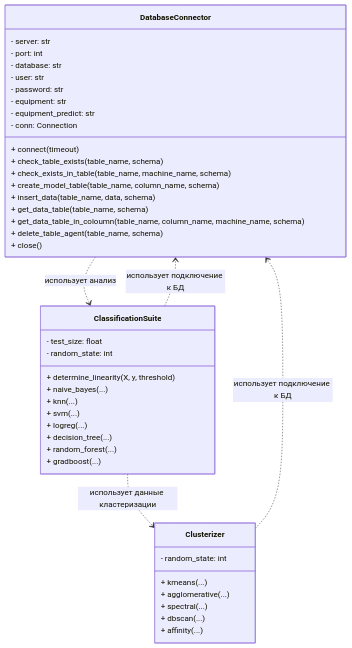
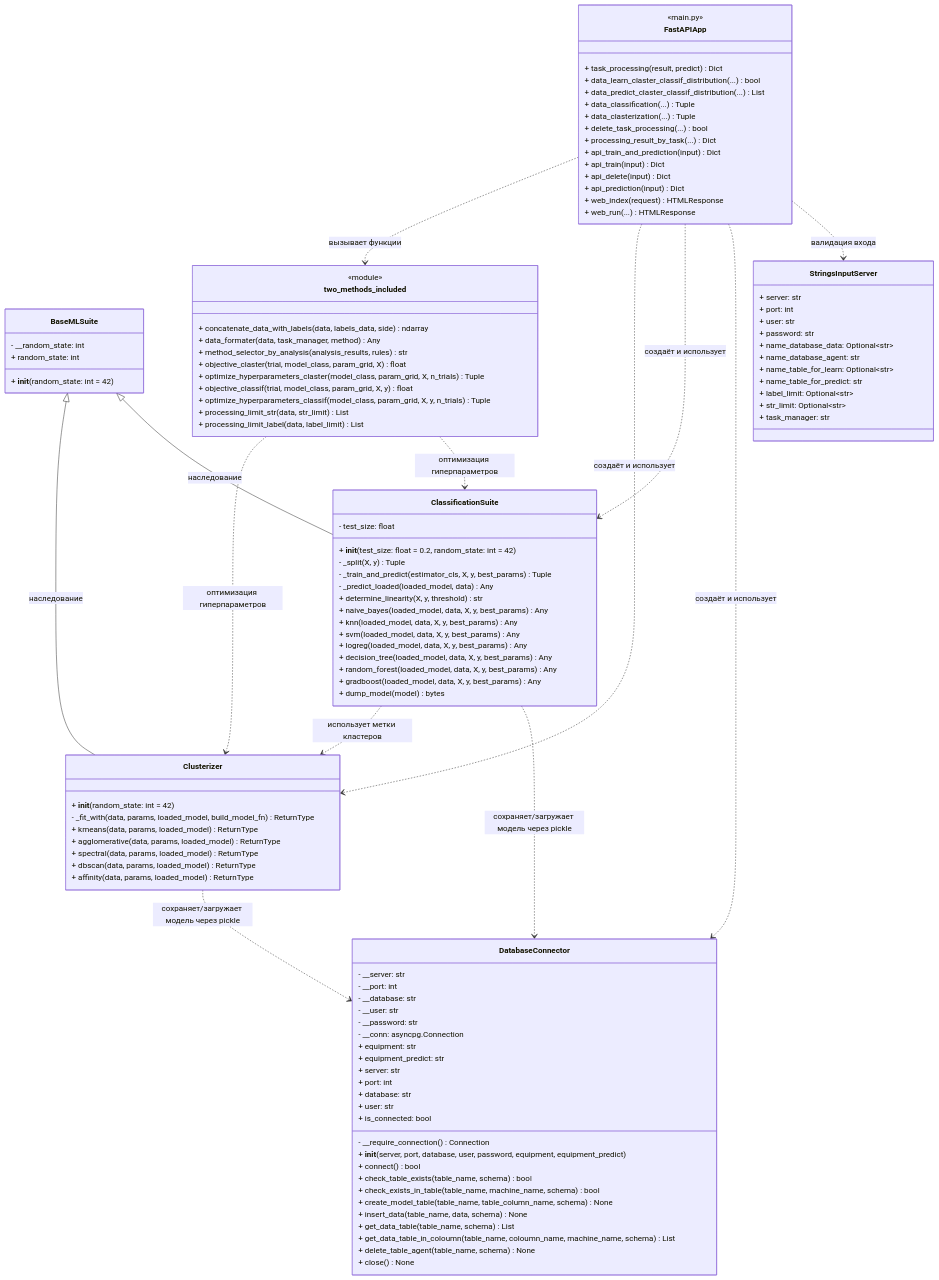
Before and after one commit to AstB311/PTLab23: the diagram in README.md, drawn with Mermaid. The commit also changed other lines of this file, not shown here.

Commit message:
Fix: UML diagramm

````diff
--- a/README.md
+++ b/README.md
@@ -105,51 +106,132 @@
 classDiagram
 direction TB
 
-class DatabaseConnector {
-  - server: str
-  - port: int
-  - database: str
-  - user: str
-  - password: str
-  - equipment: str
-  - equipment_predict: str
-  - conn: Connection
-  + connect(timeout)
-  + check_table_exists(table_name, schema)
-  + check_exists_in_table(table_name, machine_name, schema)
-  + create_model_table(table_name, column_name, schema)
-  + insert_data(table_name, data, schema)
-  + get_data_table(table_name, schema)
-  + get_data_table_in_coloumn(table_name, column_name, machine_name, schema)
-  + delete_table_agent(table_name, schema)
-  + close()
+%% ======================= Базовый класс =======================
+class BaseMLSuite {
+  - __random_state: int
+  + random_state: int
+  + __init__(random_state: int = 42)
 }
 
+%% ======================= Классификация =======================
 class ClassificationSuite {
   - test_size: float
-  - random_state: int
-  + determine_linearity(X, y, threshold)
-  + naive_bayes(...)
-  + knn(...)
-  + svm(...)
-  + logreg(...)
-  + decision_tree(...)
-  + random_forest(...)
-  + gradboost(...)
+  + __init__(test_size: float = 0.2, random_state: int = 42)
+  - _split(X, y) Tuple
+  - _train_and_predict(estimator_cls, X, y, best_params) Tuple
+  - _predict_loaded(loaded_model, data) Any
+  + determine_linearity(X, y, threshold) str
+  + naive_bayes(loaded_model, data, X, y, best_params) Any
+  + knn(loaded_model, data, X, y, best_params) Any
+  + svm(loaded_model, data, X, y, best_params) Any
+  + logreg(loaded_model, data, X, y, best_params) Any
+  + decision_tree(loaded_model, data, X, y, best_params) Any
+  + random_forest(loaded_model, data, X, y, best_params) Any
+  + gradboost(loaded_model, data, X, y, best_params) Any
+  + dump_model(model) bytes
 }
 
+%% ======================= Кластеризация =======================
 class Clusterizer {
-  - random_state: int
-  + kmeans(...)
-  + agglomerative(...)
-  + spectral(...)
-  + dbscan(...)
-  + affinity(...)
+  + __init__(random_state: int = 42)
+  - _fit_with(data, params, loaded_model, build_model_fn) ReturnType
+  + kmeans(data, params, loaded_model) ReturnType
+  + agglomerative(data, params, loaded_model) ReturnType
+  + spectral(data, params, loaded_model) ReturnType
+  + dbscan(data, params, loaded_model) ReturnType
+  + affinity(data, params, loaded_model) ReturnType
 }
 
-%% связи по твоему описанию
-DatabaseConnector ..> ClassificationSuite : использует анализ
-ClassificationSuite ..> DatabaseConnector : использует подключение к БД
-Clusterizer ..> DatabaseConnector : использует подключение к БД
-ClassificationSuite ..> Clusterizer : использует данные кластеризации
+%% ======================= Подключение к БД =======================
+class DatabaseConnector {
+  - __server: str
+  - __port: int
+  - __database: str
+  - __user: str
+  - __password: str
+  - __conn: asyncpg.Connection
+  + equipment: str
+  + equipment_predict: str
+  + server: str
+  + port: int
+  + database: str
+  + user: str
+  + is_connected: bool
+  - __require_connection() Connection
+  + __init__(server, port, database, user, password, equipment, equipment_predict)
+  + connect() bool
+  + check_table_exists(table_name, schema) bool
+  + check_exists_in_table(table_name, machine_name, schema) bool
+  + create_model_table(table_name, table_column_name, schema) None
+  + insert_data(table_name, data, schema) None
+  + get_data_table(table_name, schema) List
+  + get_data_table_in_coloumn(table_name, coloumn_name, machine_name, schema) List
+  + delete_table_agent(table_name, schema) None
+  + close() None
+}
+
+%% ======================= Модель входных данных API =======================
+class StringsInputServer {
+  + server: str
+  + port: int
+  + user: str
+  + password: str
+  + name_database_data: Optional~str~
+  + name_database_agent: str
+  + name_table_for_learn: Optional~str~
+  + name_table_for_predict: str
+  + label_limit: Optional~str~
+  + str_limit: Optional~str~
+  + task_manager: str
+}
+
+%% ======================= Вспомогательный модуль =======================
+class two_methods_included {
+  <<module>>
+  + concatenate_data_with_labels(data, labels_data, side) ndarray
+  + data_formater(data, task_manager, method) Any
+  + method_selector_by_analysis(analysis_results, rules) str
+  + objective_claster(trial, model_class, param_grid, X) float
+  + optimize_hyperparameters_claster(model_class, param_grid, X, n_trials) Tuple
+  + objective_classif(trial, model_class, param_grid, X, y) float
+  + optimize_hyperparameters_classif(model_class, param_grid, X, y, n_trials) Tuple
+  + processing_limit_str(data, str_limit) List
+  + processing_limit_label(data, label_limit) List
+}
+
+%% ======================= FastAPI-приложение =======================
+class FastAPIApp {
+  <<main.py>>
+  + task_processing(result, predict) Dict
+  + data_learn_claster_classif_distribution(...) bool
+  + data_predict_claster_classif_distribution(...) List
+  + data_classification(...) Tuple
+  + data_clasterization(...) Tuple
+  + delete_task_processing(...) bool
+  + processing_result_by_task(...) Dict
+  + api_train_and_prediction(input) Dict
+  + api_train(input) Dict
+  + api_delete(input) Dict
+  + api_prediction(input) Dict
+  + web_index(request) HTMLResponse
+  + web_run(...) HTMLResponse
+}
+
+%% ======================= Связи =======================
+BaseMLSuite <|-- ClassificationSuite : наследование
+BaseMLSuite <|-- Clusterizer : наследование
+
+FastAPIApp ..> StringsInputServer : валидация входа
+FastAPIApp ..> DatabaseConnector : создаёт и использует
+FastAPIApp ..> ClassificationSuite : создаёт и использует
+FastAPIApp ..> Clusterizer : создаёт и использует
+FastAPIApp ..> two_methods_included : вызывает функции
+
+two_methods_included ..> ClassificationSuite : оптимизация гиперпараметров
+two_methods_included ..> Clusterizer : оптимизация гиперпараметров
+
+ClassificationSuite ..> DatabaseConnector : сохраняет/загружает модель через pickle
+Clusterizer ..> DatabaseConnector : сохраняет/загружает модель через pickle
+
+ClassificationSuite ..> Clusterizer : использует метки кластеров
 ```
````
